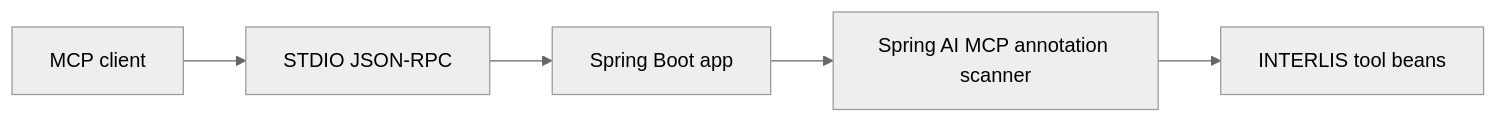
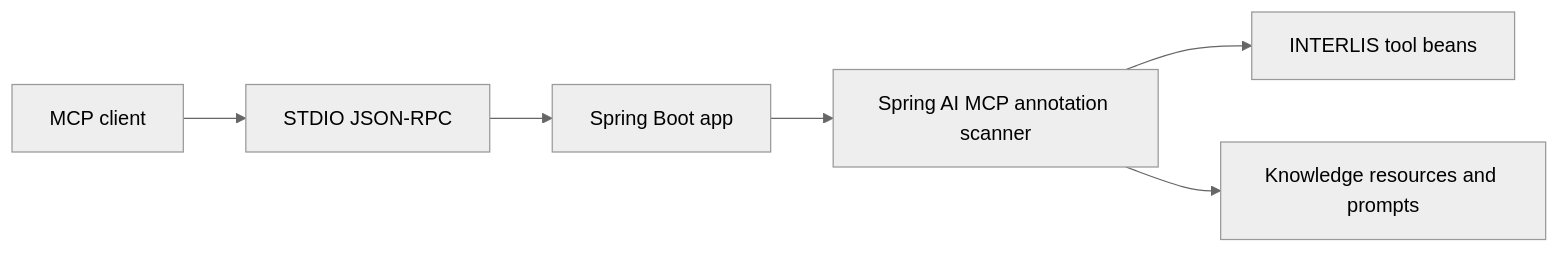
One commit to edigonzales/interlis-mcp changed the diagram in README.md. Above: the diagram before and after it, drawn with Mermaid (neutral theme). The commit also changed other lines of this file and 30 other files, not shown here.

````diff
--- a/README.md
+++ b/README.md
@@ -12,10 +14,13 @@
 ```mermaid
 flowchart LR
     Client["MCP client"]
     Transport["STDIO JSON-RPC"]
     Server["Spring Boot app"]
     Scanner["Spring AI MCP annotation scanner"]
     Tools["INTERLIS tool beans"]
+    Knowledge["Knowledge resources and prompts"]
 
-    Client --> Transport --> Server --> Scanner --> Tools
+    Client --> Transport --> Server --> Scanner
+    Scanner --> Tools
+    Scanner --> Knowledge
 ```
````
